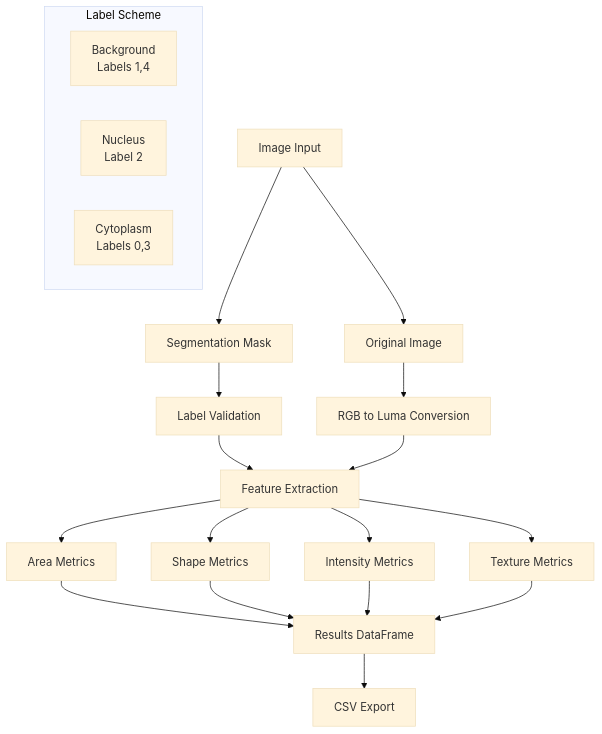
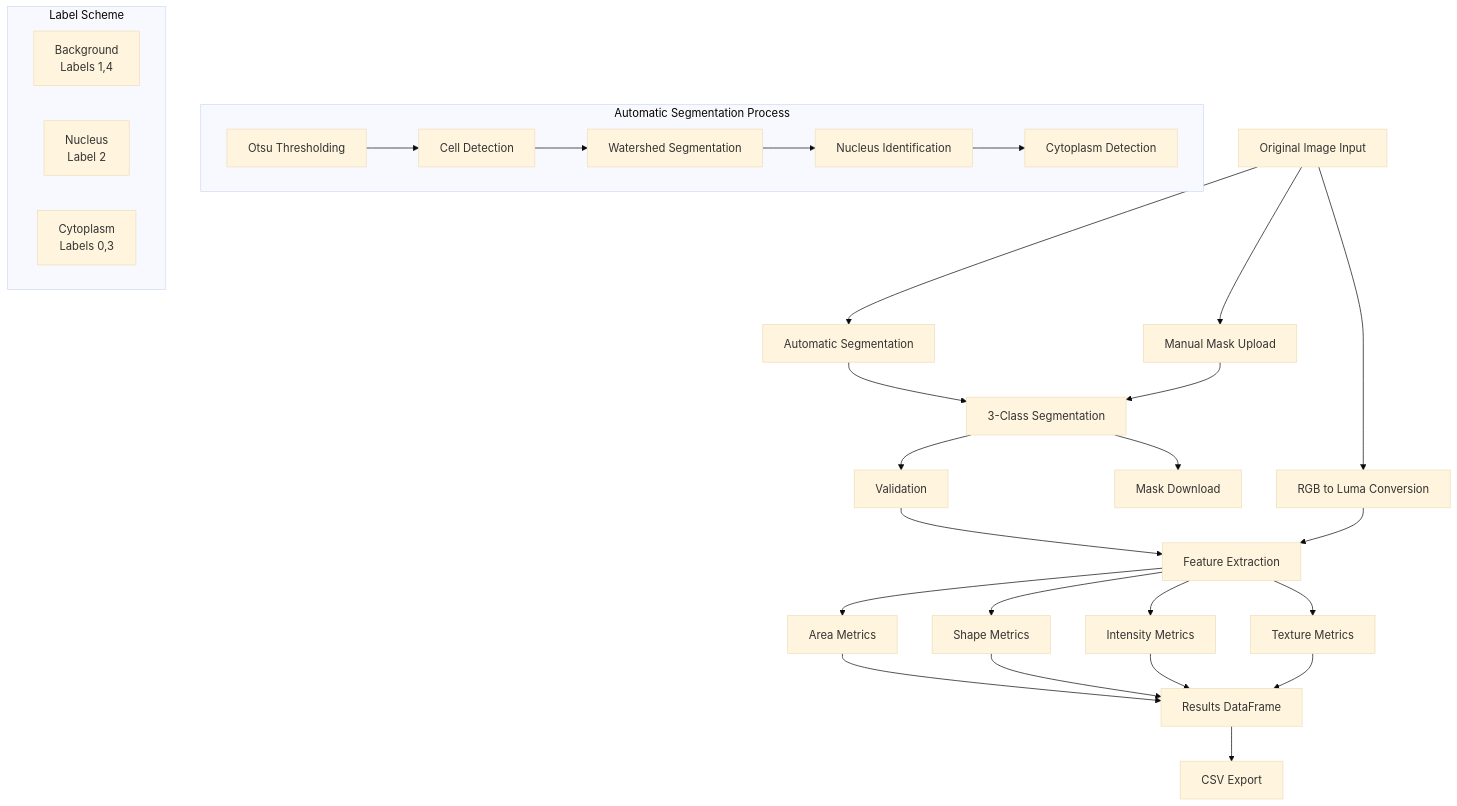
One commit to Sundarworld/CellSeg-3C changed the diagram in README.md. Above: the diagram before and after it, drawn with Mermaid (base theme). The commit also changed other lines of this file and 1 other file, not shown here.

First line of the commit message:
Enhance cervical cell analysis tool with automatic segmentation and classification features

````diff
--- a/README.md
+++ b/README.md
@@ -7,21 +14,31 @@
 ```mermaid
 graph TD
-    A[Image Input] --> B[Original Image]
-    A --> C[Segmentation Mask]
-    B --> D[RGB to Luma Conversion]
-    C --> E[Label Validation]
+    A[Original Image Input] --> B[Automatic Segmentation]
+    A --> C[Manual Mask Upload]
+    B --> D[3-Class Segmentation]
+    C --> D
+    D --> E[Validation]
     E --> F[Feature Extraction]
-    D --> F
-    F --> G[Area Metrics]
-    F --> H[Shape Metrics]
-    F --> I[Intensity Metrics]
-    F --> J[Texture Metrics]
-    G & H & I & J --> K[Results DataFrame]
-    K --> L[CSV Export]
+    A --> G[RGB to Luma Conversion]
+    G --> F
+    F --> H[Area Metrics]
+    F --> I[Shape Metrics]
+    F --> J[Intensity Metrics]
+    F --> K[Texture Metrics]
+    H & I & J & K --> L[Results DataFrame]
+    L --> M[CSV Export]
+    D --> N[Mask Download]
+    
+    subgraph Automatic Segmentation Process
+        O[Otsu Thresholding] --> P[Cell Detection]
+        P --> Q[Watershed Segmentation]
+        Q --> R[Nucleus Identification]
+        R --> S[Cytoplasm Detection]
+    end
     
     subgraph Label Scheme
-        M[Background<br>Labels 1,4]
-        N[Nucleus<br>Label 2]
-        O[Cytoplasm<br>Labels 0,3]
+        T[Background<br>Labels 1,4]
+        U[Nucleus<br>Label 2]
+        V[Cytoplasm<br>Labels 0,3]
     end
 ```
````
